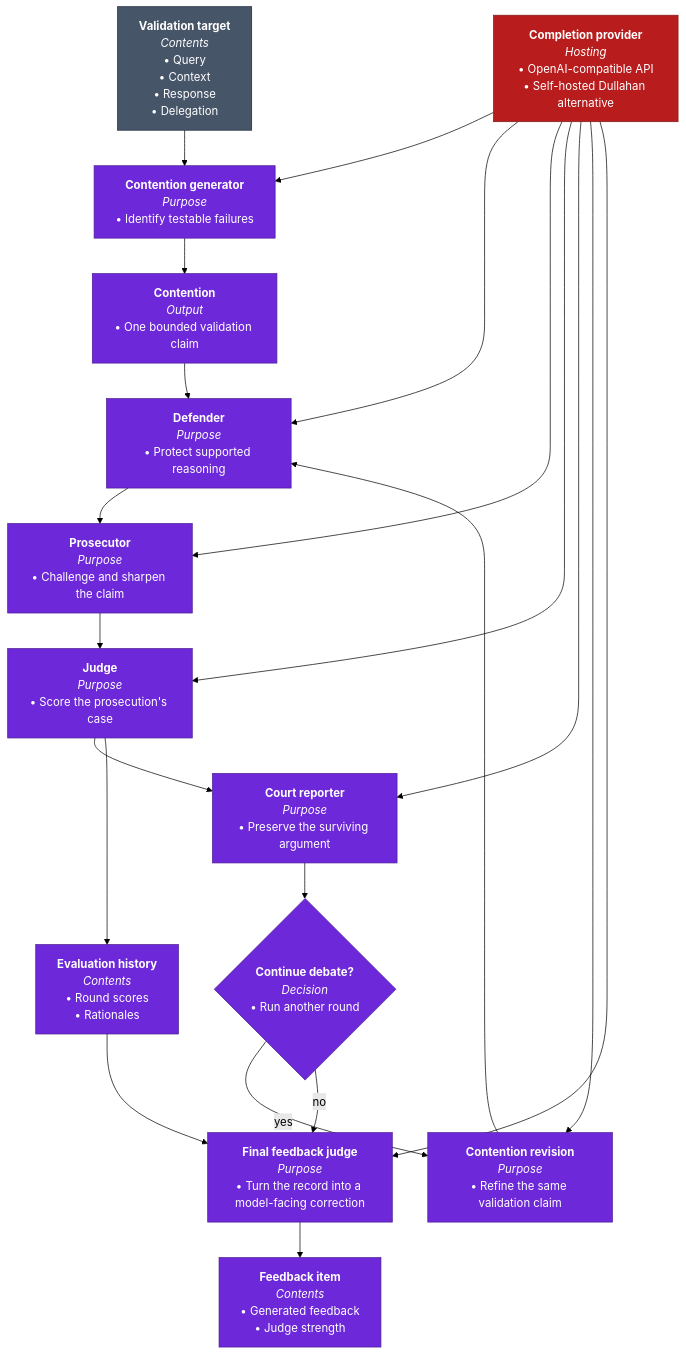
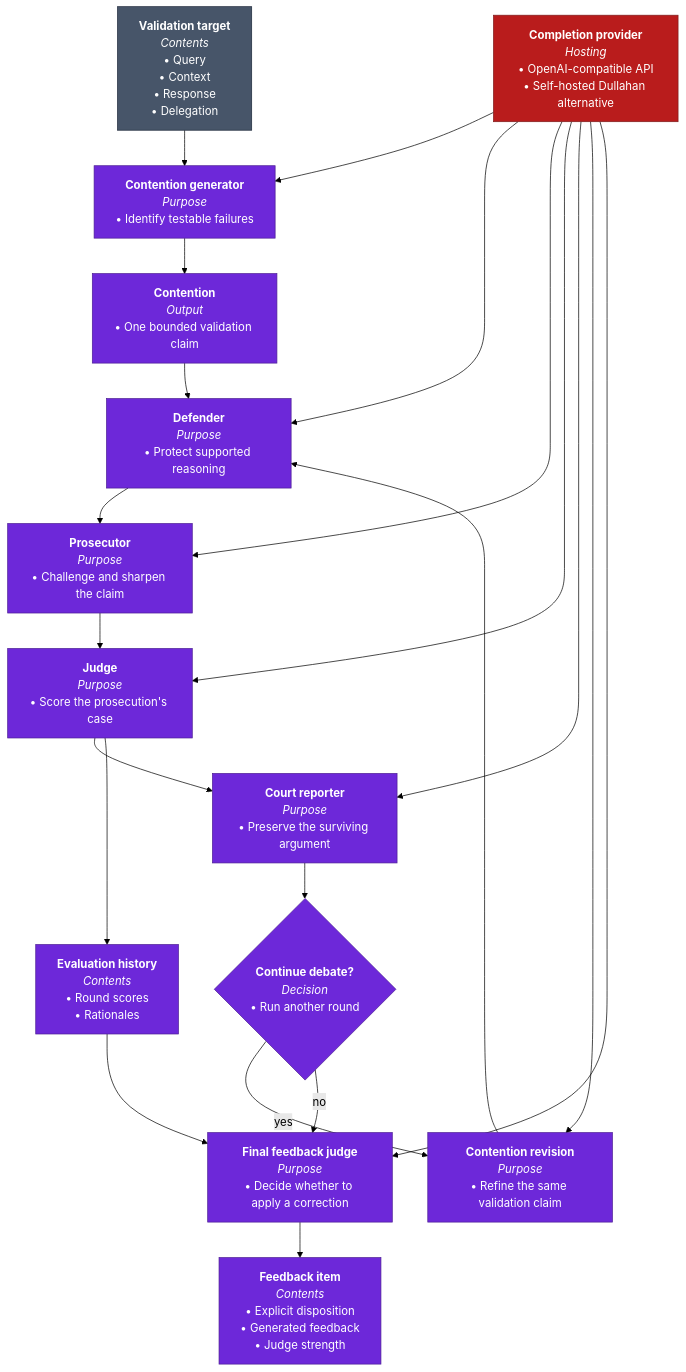
The second of 6 diagrams in README.md (ForestDweller014/Specter), drawn with Mermaid (forest theme) before and after one commit. The commit also changed other lines of this file, not shown here.

First line of the commit message:
docs: Plan judge-generated contrasts

````diff
--- a/README.md
+++ b/README.md
@@ -267,32 +281,32 @@
 ```mermaid
 flowchart TB
     Target["<b>Validation target</b><br/><i>Contents</i><br/>• Query<br/>• Context<br/>• Response<br/>• Delegation"] --> Generate["<b>Contention generator</b><br/><i>Purpose</i><br/>• Identify testable failures"]
     Generate --> Contention["<b>Contention</b><br/><i>Output</i><br/>• One bounded validation claim"]
     Contention --> Defender["<b>Defender</b><br/><i>Purpose</i><br/>• Protect supported reasoning"]
     Defender --> Prosecutor["<b>Prosecutor</b><br/><i>Purpose</i><br/>• Challenge and sharpen the claim"]
     Prosecutor --> Judge["<b>Judge</b><br/><i>Purpose</i><br/>• Score the prosecution's case"]
     Judge --> Reporter["<b>Court reporter</b><br/><i>Purpose</i><br/>• Preserve the surviving argument"]
     Judge --> Evaluations["<b>Evaluation history</b><br/><i>Contents</i><br/>• Round scores<br/>• Rationales"]
     Reporter --> More{"<b>Continue debate?</b><br/><i>Decision</i><br/>• Run another round"}
     More -->|"yes"| Revise["<b>Contention revision</b><br/><i>Purpose</i><br/>• Refine the same validation claim"]
     Revise --> Defender
-    More -->|"no"| FinalJudge["<b>Final feedback judge</b><br/><i>Purpose</i><br/>• Turn the record into a model-facing correction"]
+    More -->|"no"| FinalJudge["<b>Final feedback judge</b><br/><i>Purpose</i><br/>• Decide whether to apply a correction"]
     Evaluations --> FinalJudge
-    FinalJudge --> Item["<b>Feedback item</b><br/><i>Contents</i><br/>• Generated feedback<br/>• Judge strength"]
+    FinalJudge --> Item["<b>Feedback item</b><br/><i>Contents</i><br/>• Explicit disposition<br/>• Generated feedback<br/>• Judge strength"]
 
     Provider["<b>Completion provider</b><br/><i>Hosting</i><br/>• OpenAI-compatible API<br/>• Self-hosted Dullahan alternative"] --> Generate
     Provider --> Defender
     Provider --> Prosecutor
     Provider --> Judge
     Provider --> Reporter
     Provider --> Revise
     Provider --> FinalJudge
 
     class Target external
     class Generate,Contention,Defender,Prosecutor,Judge,Reporter,Evaluations,More,Revise,FinalJudge,Item validation
     class Provider inference
 
     classDef external fill:#475569,stroke:#1E293B,color:#FFFFFF
     classDef validation fill:#6D28D9,stroke:#4C1D95,color:#FFFFFF
     classDef inference fill:#B91C1C,stroke:#7F1D1D,color:#FFFFFF
 ```
````
